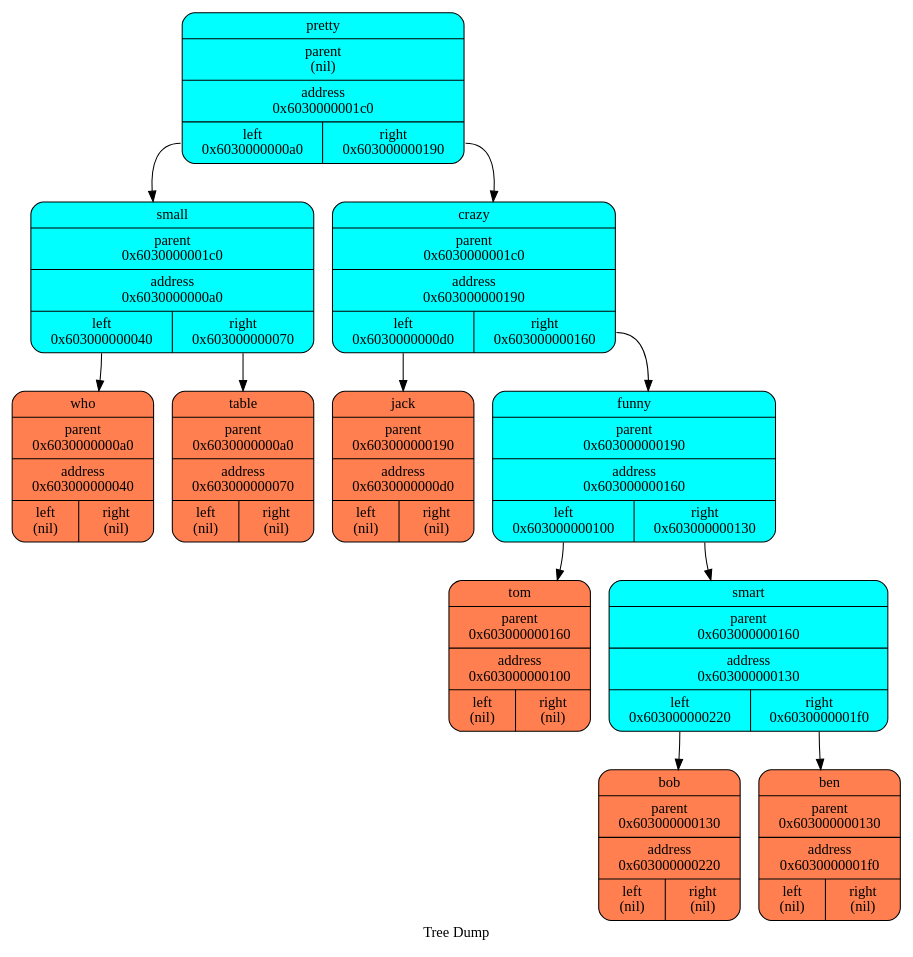
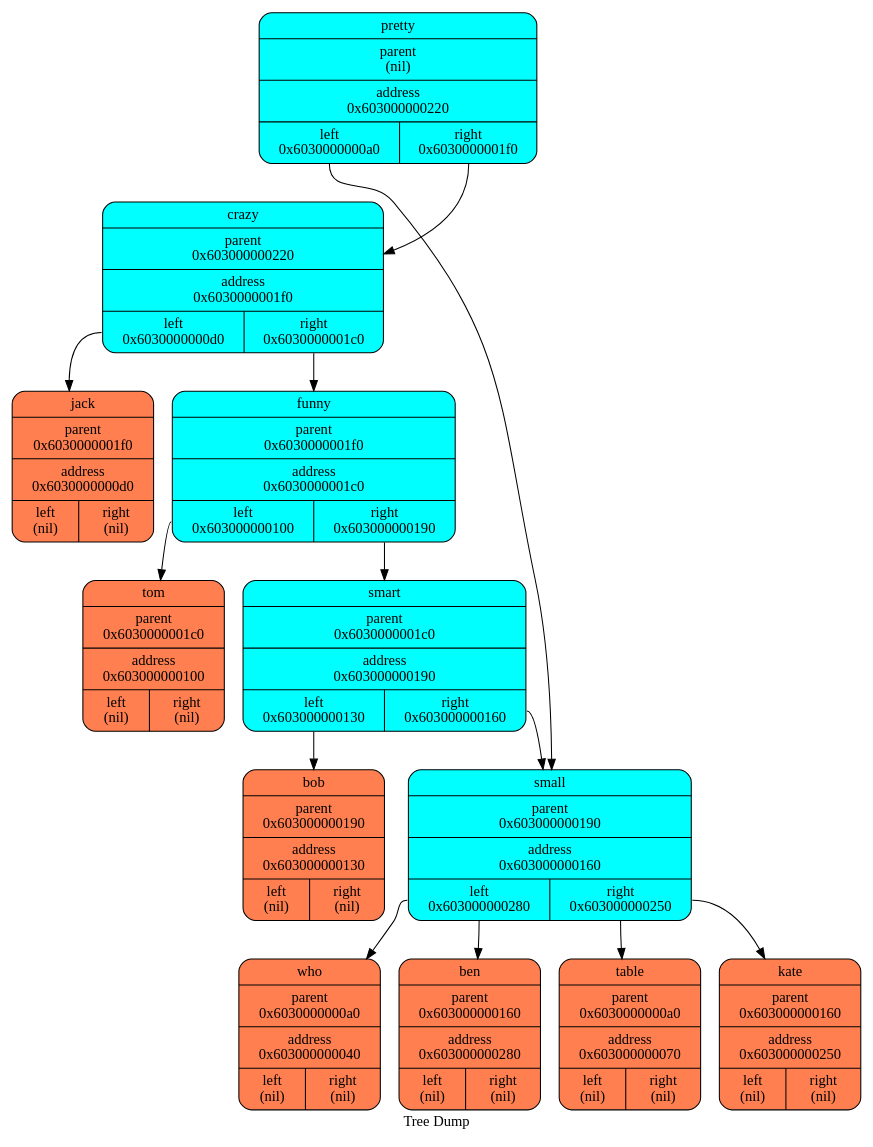
Before and after one commit to aidenfmunro/Akinator: the diagram in log/dot/treegraph_0.dot, drawn with Graphviz. The commit also changed 6 other files, not shown here.

```diff
--- a/log/dot/treegraph_0.dot
+++ b/log/dot/treegraph_0.dot
@@ -1,27 +1,31 @@
   digraph tree  {
   node[   shape     = "Mrecord",  style     = "filled",  fillcolor = "aqua",  fontcolor = "#000000",  margin    = "0.075"];
   rankdir   = "TB";
 
   label     = "Tree Dump";
- "pretty" [shape = "Mrecord", label = "{<name>pretty | parent\n(nil) | <f0> address\n0x6030000001c0| {<left>left\n0x6030000000a0 | <right>right\n0x603000000190\n}}"];
+ "pretty" [shape = "Mrecord", label = "{<name>pretty | parent\n(nil) | <f0> address\n0x603000000220| {<left>left\n0x6030000000a0 | <right>right\n0x6030000001f0\n}}"];
   "pretty":left->"small";
- "small" [shape = "Mrecord", label = "{<name>small | parent\n0x6030000001c0 | <f0> address\n0x6030000000a0| {<left>left\n0x603000000040 | <right>right\n0x603000000070\n}}"];
+ "small" [shape = "Mrecord", label = "{<name>small | parent\n0x603000000220 | <f0> address\n0x6030000000a0| {<left>left\n0x603000000040 | <right>right\n0x603000000070\n}}"];
   "small":left->"who";
  "who" [shape = "Mrecord", fillcolor = "coral", label = "{<name>who | parent\n0x6030000000a0 | <f0> address\n0x603000000040| {<left>left\n(nil) | <right>right\n(nil)\n}}"];
   "small":right->"table";
  "table" [shape = "Mrecord", fillcolor = "coral", label = "{<name>table | parent\n0x6030000000a0 | <f0> address\n0x603000000070| {<left>left\n(nil) | <right>right\n(nil)\n}}"];
   "pretty":right->"crazy";
- "crazy" [shape = "Mrecord", label = "{<name>crazy | parent\n0x6030000001c0 | <f0> address\n0x603000000190| {<left>left\n0x6030000000d0 | <right>right\n0x603000000160\n}}"];
+ "crazy" [shape = "Mrecord", label = "{<name>crazy | parent\n0x603000000220 | <f0> address\n0x6030000001f0| {<left>left\n0x6030000000d0 | <right>right\n0x6030000001c0\n}}"];
   "crazy":left->"jack";
- "jack" [shape = "Mrecord", fillcolor = "coral", label = "{<name>jack | parent\n0x603000000190 | <f0> address\n0x6030000000d0| {<left>left\n(nil) | <right>right\n(nil)\n}}"];
+ "jack" [shape = "Mrecord", fillcolor = "coral", label = "{<name>jack | parent\n0x6030000001f0 | <f0> address\n0x6030000000d0| {<left>left\n(nil) | <right>right\n(nil)\n}}"];
   "crazy":right->"funny";
- "funny" [shape = "Mrecord", label = "{<name>funny | parent\n0x603000000190 | <f0> address\n0x603000000160| {<left>left\n0x603000000100 | <right>right\n0x603000000130\n}}"];
+ "funny" [shape = "Mrecord", label = "{<name>funny | parent\n0x6030000001f0 | <f0> address\n0x6030000001c0| {<left>left\n0x603000000100 | <right>right\n0x603000000190\n}}"];
   "funny":left->"tom";
- "tom" [shape = "Mrecord", fillcolor = "coral", label = "{<name>tom | parent\n0x603000000160 | <f0> address\n0x603000000100| {<left>left\n(nil) | <right>right\n(nil)\n}}"];
+ "tom" [shape = "Mrecord", fillcolor = "coral", label = "{<name>tom | parent\n0x6030000001c0 | <f0> address\n0x603000000100| {<left>left\n(nil) | <right>right\n(nil)\n}}"];
   "funny":right->"smart";
- "smart" [shape = "Mrecord", label = "{<name>smart | parent\n0x603000000160 | <f0> address\n0x603000000130| {<left>left\n0x603000000220 | <right>right\n0x6030000001f0\n}}"];
+ "smart" [shape = "Mrecord", label = "{<name>smart | parent\n0x6030000001c0 | <f0> address\n0x603000000190| {<left>left\n0x603000000130 | <right>right\n0x603000000160\n}}"];
   "smart":left->"bob";
- "bob" [shape = "Mrecord", fillcolor = "coral", label = "{<name>bob | parent\n0x603000000130 | <f0> address\n0x603000000220| {<left>left\n(nil) | <right>right\n(nil)\n}}"];
-  "smart":right->"ben";
- "ben" [shape = "Mrecord", fillcolor = "coral", label = "{<name>ben | parent\n0x603000000130 | <f0> address\n0x6030000001f0| {<left>left\n(nil) | <right>right\n(nil)\n}}"];
+ "bob" [shape = "Mrecord", fillcolor = "coral", label = "{<name>bob | parent\n0x603000000190 | <f0> address\n0x603000000130| {<left>left\n(nil) | <right>right\n(nil)\n}}"];
+  "smart":right->"small";
+ "small" [shape = "Mrecord", label = "{<name>small | parent\n0x603000000190 | <f0> address\n0x603000000160| {<left>left\n0x603000000280 | <right>right\n0x603000000250\n}}"];
+  "small":left->"ben";
+ "ben" [shape = "Mrecord", fillcolor = "coral", label = "{<name>ben | parent\n0x603000000160 | <f0> address\n0x603000000280| {<left>left\n(nil) | <right>right\n(nil)\n}}"];
+  "small":right->"kate";
+ "kate" [shape = "Mrecord", fillcolor = "coral", label = "{<name>kate | parent\n0x603000000160 | <f0> address\n0x603000000250| {<left>left\n(nil) | <right>right\n(nil)\n}}"];
   }
```
